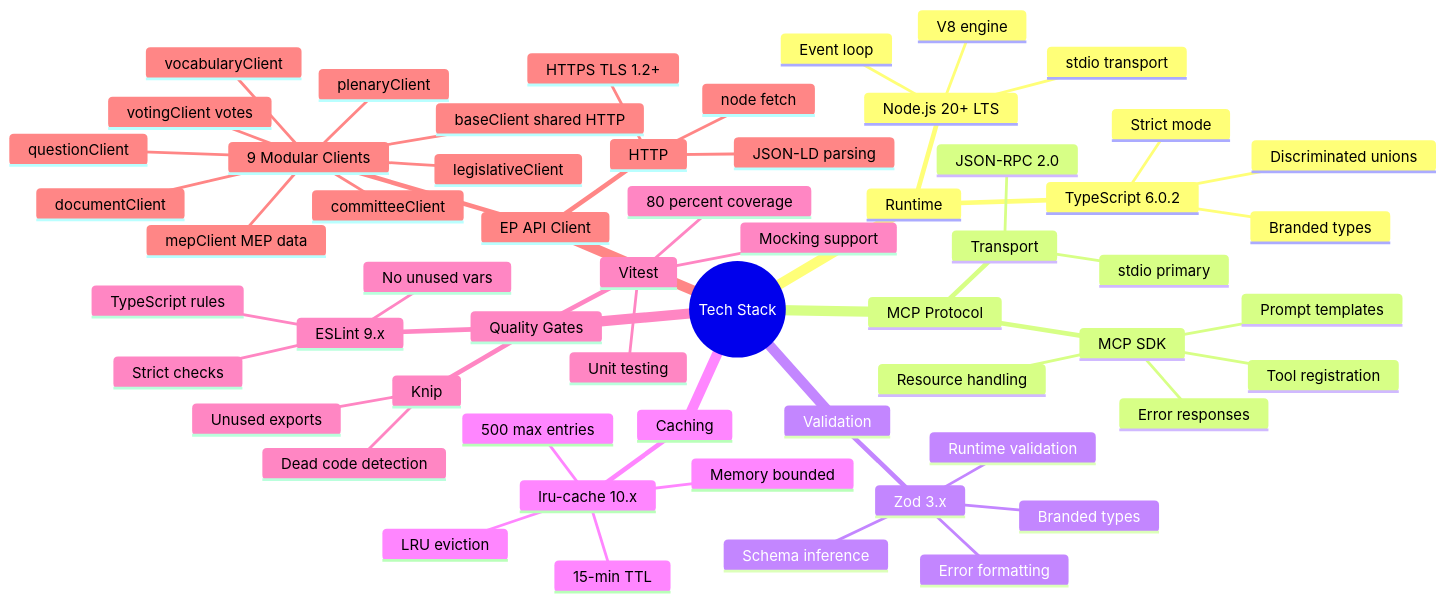
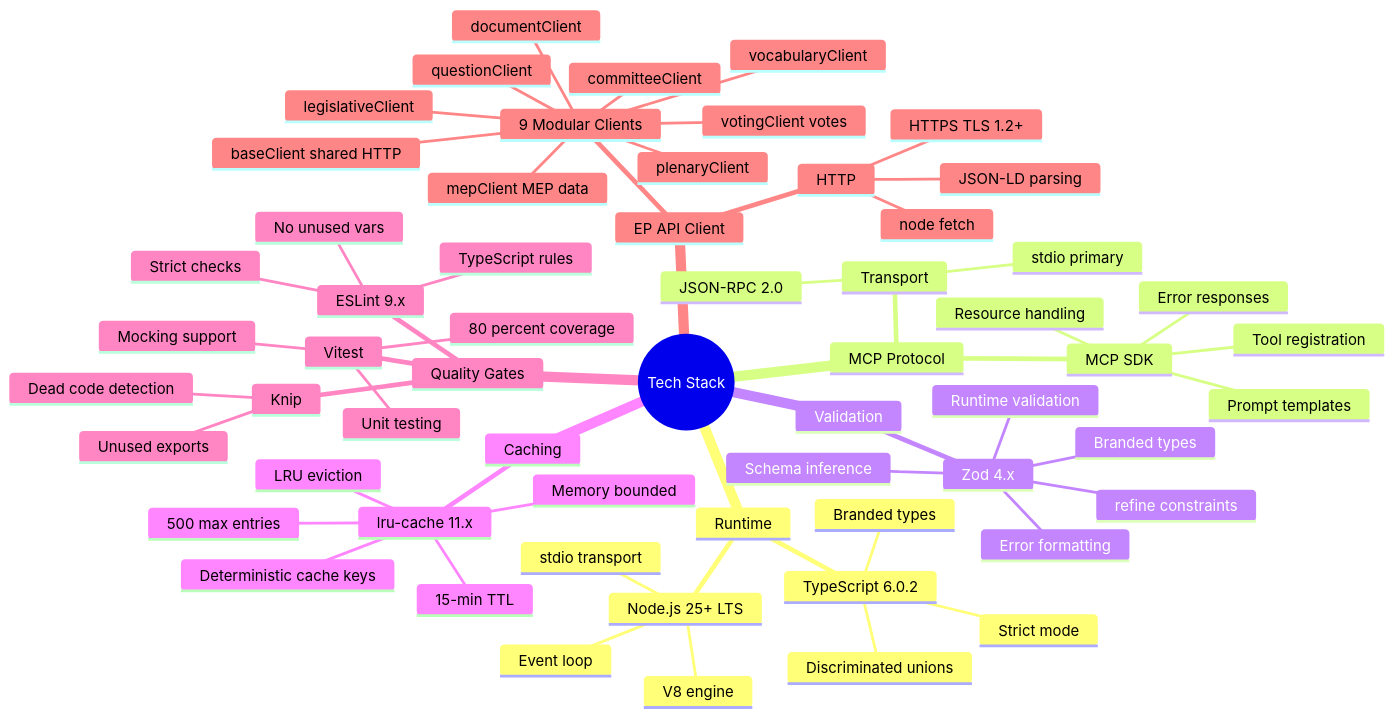
One commit to Hack23/European-Parliament-MCP-Server changed the fifth of 5 diagrams in MINDMAP.md. Above: the diagram before and after it, drawn with Mermaid. The commit also changed other lines of this file and 6 other files, not shown here.

First line of the commit message:
Update architecture documentation to reflect correctness improvements (#279-#286)

````diff
--- a/MINDMAP.md
+++ b/MINDMAP.md
@@ -377,61 +384,63 @@
 ```mermaid
 mindmap
   root((Tech Stack))
     Runtime
-      Node.js 20+ LTS
+      Node.js 25+ LTS
         V8 engine
         Event loop
         stdio transport
       TypeScript 6.0.2
         Strict mode
         Branded types
         Discriminated unions
     MCP Protocol
       MCP SDK
         Tool registration
         Resource handling
         Prompt templates
         Error responses
       Transport
         stdio primary
         JSON-RPC 2.0
     Validation
-      Zod 3.x
+      Zod 4.x
         Runtime validation
         Branded types
         Schema inference
         Error formatting
+        refine constraints
     Caching
-      lru-cache 10.x
+      lru-cache 11.x
         500 max entries
         15-min TTL
         LRU eviction
         Memory bounded
+        Deterministic cache keys
     Quality Gates
       ESLint 9.x
         TypeScript rules
         No unused vars
         Strict checks
       Knip
         Dead code detection
         Unused exports
       Vitest
         Unit testing
         80 percent coverage
         Mocking support
     EP API Client
       9 Modular Clients
         baseClient shared HTTP
         mepClient MEP data
         votingClient votes
         committeeClient
         plenaryClient
         documentClient
         legislativeClient
         questionClient
         vocabularyClient
       HTTP
         node fetch
         HTTPS TLS 1.2+
         JSON-LD parsing
 ```
````
